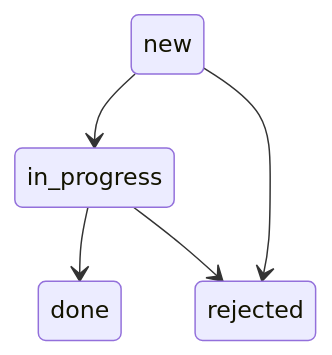
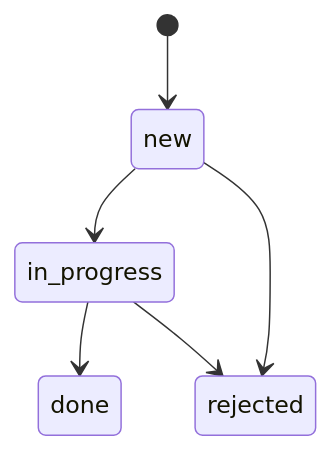
One commit to Landin-droid/express-equipment-service changed the third of 3 diagrams in README.md. Above: the diagram before and after it, drawn with Mermaid. The commit also changed other lines of this file and 1 other file, not shown here.

````diff
--- a/README.md
+++ b/README.md
@@ -117,7 +191,8 @@
 ```mermaid
 stateDiagram-v2
+    [*] --> new
     new --> in_progress
     new --> rejected
     in_progress --> done
     in_progress --> rejected
 ```
````
